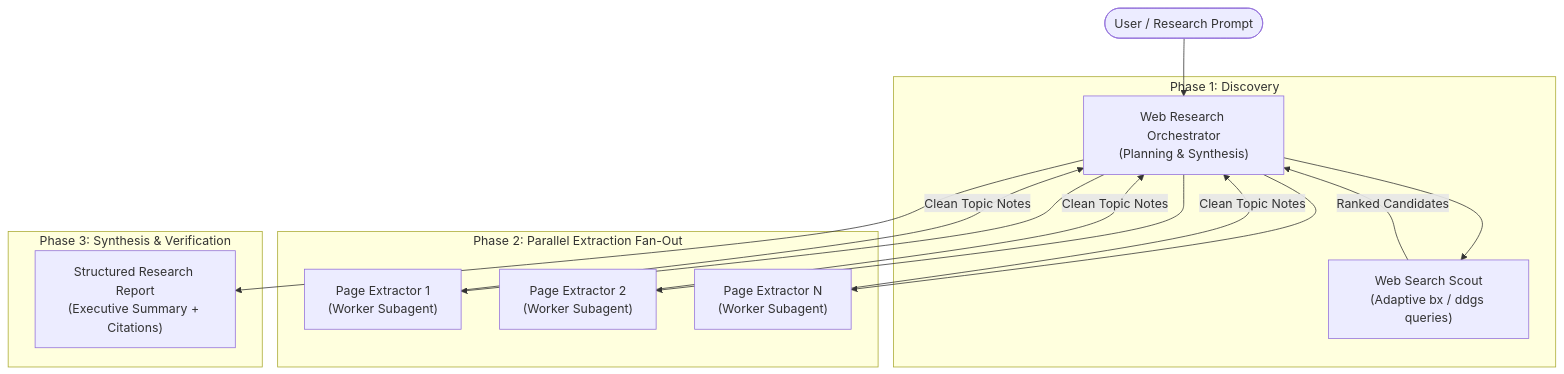
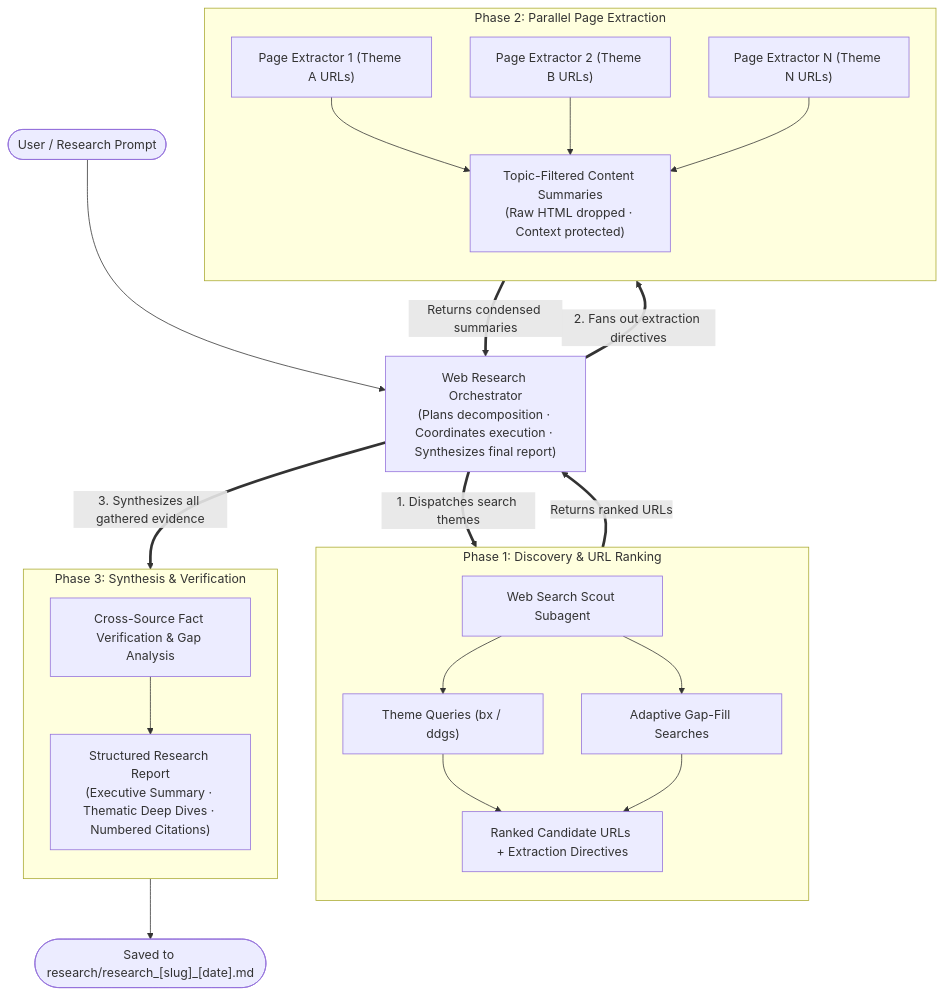
The diagram in README.md (mfdel/deep-research-agents), drawn with Mermaid before and after one commit. The commit also changed other lines of this file, not shown here.

Commit message:
docs: refine architecture diagram and 3-phase execution model

````diff
--- a/README.md
+++ b/README.md
@@ -17,26 +17,39 @@
 ```mermaid
-graph TD
+flowchart TD
     User(["User / Research Prompt"]) --> Orchestrator["Web Research Orchestrator
-(Planning & Synthesis)"]
-    
-    subgraph "Phase 1: Discovery"
-        Orchestrator --> Scout["Web Search Scout
-(Adaptive bx / ddgs queries)"]
-        Scout -->|Ranked Candidates| Orchestrator
+(Plans decomposition · Coordinates execution · Synthesizes final report)"]
+
+    subgraph Phase1 ["Phase 1: Discovery & URL Ranking"]
+        direction TB
+        Scout["Web Search Scout Subagent"]
+        S1["Theme Queries (bx / ddgs)"]
+        S2["Adaptive Gap-Fill Searches"]
+        URLs["Ranked Candidate URLs + Extraction Directives"]
+        Scout --> S1 & S2 --> URLs
     end
-    
-    subgraph "Phase 2: Parallel Extraction Fan-Out"
-        Orchestrator --> Extractor1["Page Extractor 1
-(Worker Subagent)"]
-        Orchestrator --> Extractor2["Page Extractor 2
-(Worker Subagent)"]
-        Orchestrator --> ExtractorN["Page Extractor N
-(Worker Subagent)"]
+
+    subgraph Phase2 ["Phase 2: Parallel Page Extraction"]
+        direction TB
+        E1["Page Extractor 1 (Theme A URLs)"]
+        E2["Page Extractor 2 (Theme B URLs)"]
+        EN["Page Extractor N (Theme N URLs)"]
+        Summaries["Topic-Filtered Content Summaries
+(Raw HTML dropped · Context protected)"]
+        E1 & E2 & EN --> Summaries
     end
-    
-    subgraph "Phase 3: Synthesis & Verification"
-        Extractor1 & Extractor2 & ExtractorN -->|Clean Topic Notes| Orchestrator
-        Orchestrator --> FinalReport["Structured Research Report
-(Executive Summary + Citations)"]
+
+    subgraph Phase3 ["Phase 3: Synthesis & Verification"]
+        direction TB
+        Dedup["Cross-Source Fact Verification & Gap Analysis"]
+        Report["Structured Research Report
+(Executive Summary · Thematic Deep Dives · Numbered Citations)"]
+        Dedup --> Report
     end
+
+    Orchestrator ==>|1. Dispatches search themes| Phase1
+    Phase1 ==>|Returns ranked URLs| Orchestrator
+    Orchestrator ==>|2. Fans out extraction directives| Phase2
+    Phase2 ==>|Returns condensed summaries| Orchestrator
+    Orchestrator ==>|3. Synthesizes all gathered evidence| Phase3
+    Phase3 --> FinalOutput(["Saved to research/research_[slug]_[date].md"])
 ```
````
